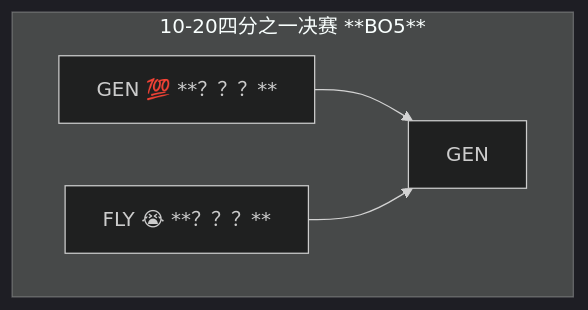
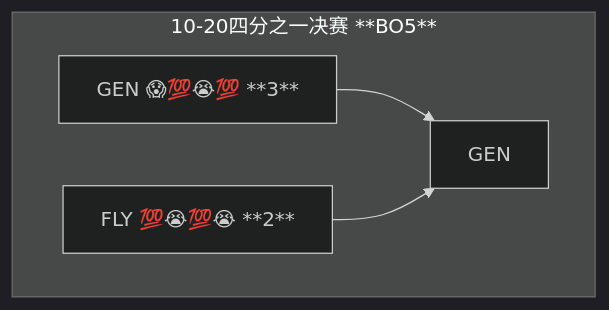
The third of 3 diagrams in content/posts/202410171英雄联盟四分之一决赛/index.md (liangzai110/liangzai110.github.io), drawn with Mermaid (dark theme) before and after one commit. The commit also changed other lines of this file, not shown here.

```diff
--- a/content/posts/202410171英雄联盟四分之一决赛/index.md
+++ b/content/posts/202410171英雄联盟四分之一决赛/index.md
@@ -57,8 +63,8 @@
 {{< mermaid >}}
 flowchart LR
     subgraph xx[10-20四分之一决赛  **BO5** ]
     direction LR
-    g[GEN  💯 **？？？**] --> i[GEN]
-    h[FLY  😭 **？？？**] --> i[GEN]
+    g[GEN  😱💯😭💯 **3**] --> i[GEN]
+    h[FLY  💯😭💯😭 **2**] --> i[GEN]
     end
 {{< /mermaid >}}
```
